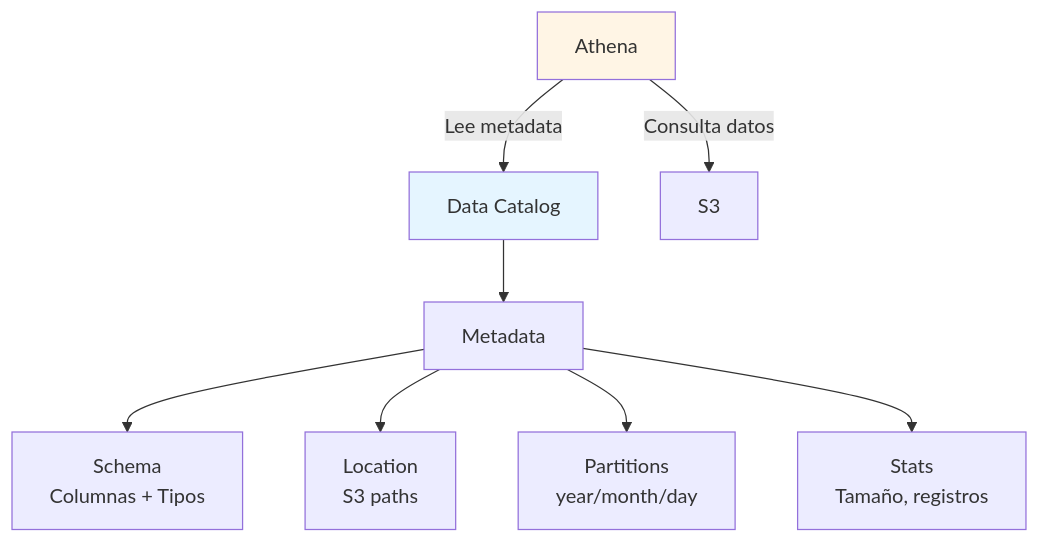
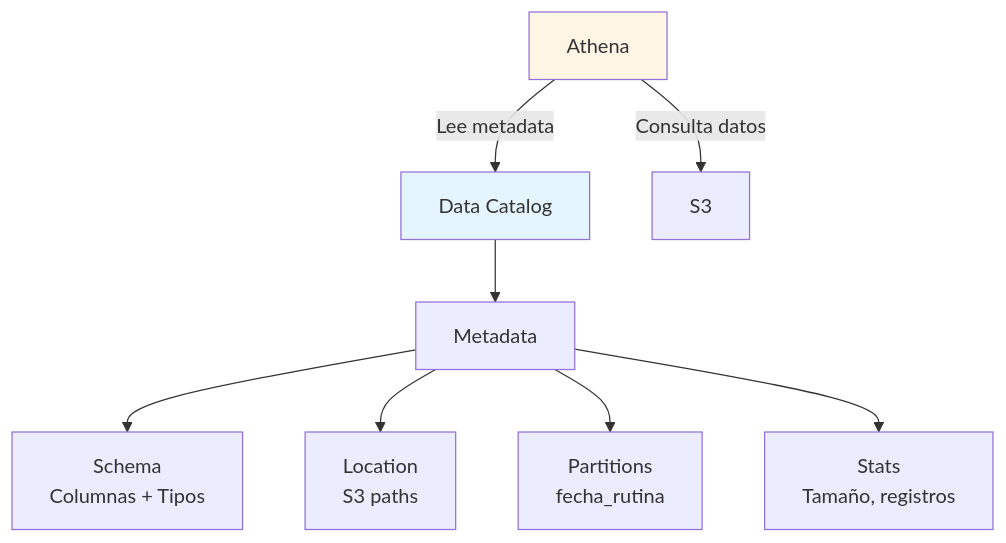
One commit to ANALITIKACLOUD/hand-on-cloud changed diagram 12 of 16 in README.md. Above: the diagram before and after it, drawn with Mermaid. The commit also changed other lines of this file, not shown here.

First line of the commit message:
refactor: Cambiar particionamiento a fecha_rutina

````diff
--- a/README.md
+++ b/README.md
@@ -664,14 +656,14 @@
 ```mermaid
 flowchart TD
     A[Data Catalog] --> B[Metadata]
     B --> C[Schema<br/>Columnas + Tipos]
     B --> D[Location<br/>S3 paths]
-    B --> E[Partitions<br/>year/month/day]
+    B --> E[Partitions<br/>fecha_rutina]
     B --> F[Stats<br/>Tamaño, registros]
     
     G[Athena] -->|Lee metadata| A
     G -->|Consulta datos| H[S3]
     
     style A fill:#E5F5FF
     style G fill:#FFF5E5
 ```
````
